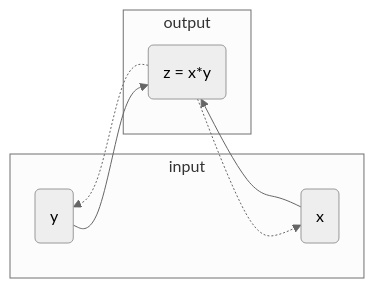
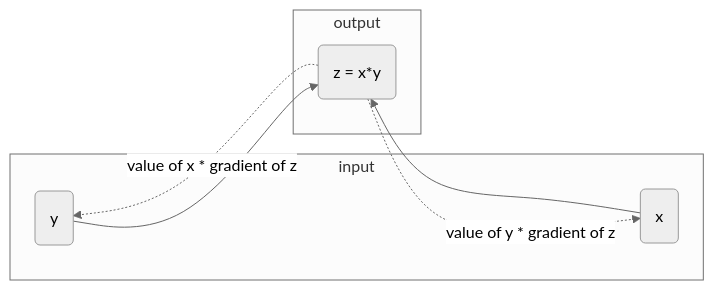
The fourth of 7 diagrams in posts/2023-04-22-autograd/index.qmd (koushikkhan/koushikkhan.github.io), drawn with Mermaid (neutral theme) before and after one commit. The commit also changed other lines of this file and 4 other files, not shown here.

````diff
--- a/posts/2023-04-22-autograd/index.qmd
+++ b/posts/2023-04-22-autograd/index.qmd
@@ -237,15 +237,15 @@
 ```{mermaid}
 %%| fig-width: 3.5
 graph RL
+  x(x) --> z(z = x*y)-.->|value of y * gradient of z|x(x)
+  y(y) --> z(z = x*y)-.->|value of x * gradient of z|y(y)
+
   subgraph input
   x(x)
   y(y)
   end
 
   subgraph output
   z(z = x*y)
   end
-
-  x(x) --> z(z = x*y) -.-> x(x)
-  y(y) --> z(z = x*y) -.-> y(y)
 ```
````
